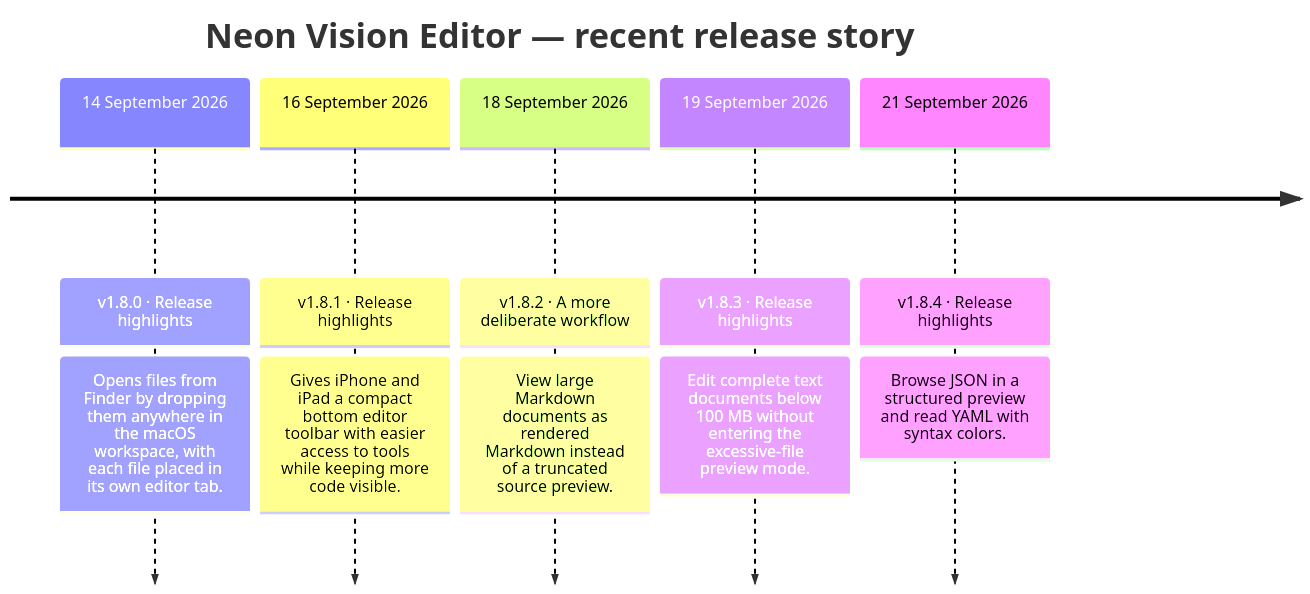
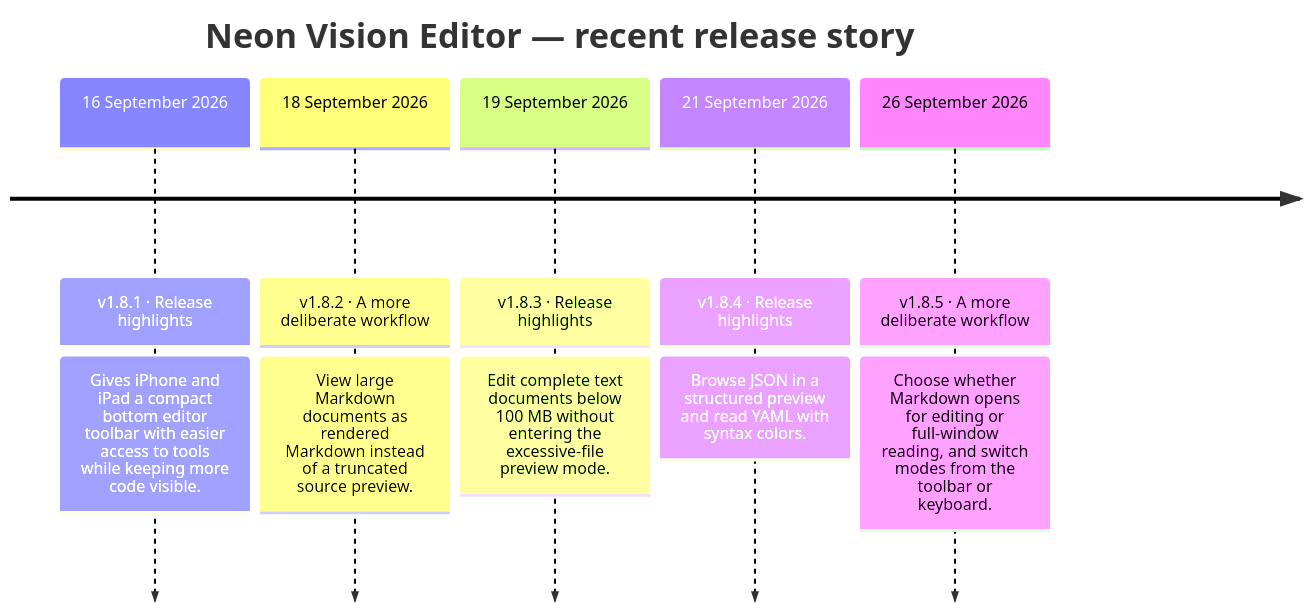
The diagram in README.md (h3pdesign/Neon-Vision-Editor), drawn with Mermaid before and after one commit. The commit also changed other lines of this file and 9 other files, not shown here.

````diff
--- a/README.md
+++ b/README.md
@@ -759,14 +757,14 @@
 ```mermaid
 timeline
     title Neon Vision Editor — recent release story
-    14 September 2026 : v1.8.0 · Release highlights
-                : Opens files from Finder by dropping them anywhere in the macOS workspace, with each file placed in its own editor tab.
     16 September 2026 : v1.8.1 · Release highlights
                 : Gives iPhone and iPad a compact bottom editor toolbar with easier access to tools while keeping more code visible.
     18 September 2026 : v1.8.2 · A more deliberate workflow
                 : View large Markdown documents as rendered Markdown instead of a truncated source preview.
     19 September 2026 : v1.8.3 · Release highlights
                 : Edit complete text documents below 100 MB without entering the excessive-file preview mode.
     21 September 2026 : v1.8.4 · Release highlights
                 : Browse JSON in a structured preview and read YAML with syntax colors.
+    26 September 2026 : v1.8.5 · A more deliberate workflow
+                : Choose whether Markdown opens for editing or full-window reading, and switch modes from the toolbar or keyboard.
 ```
````
